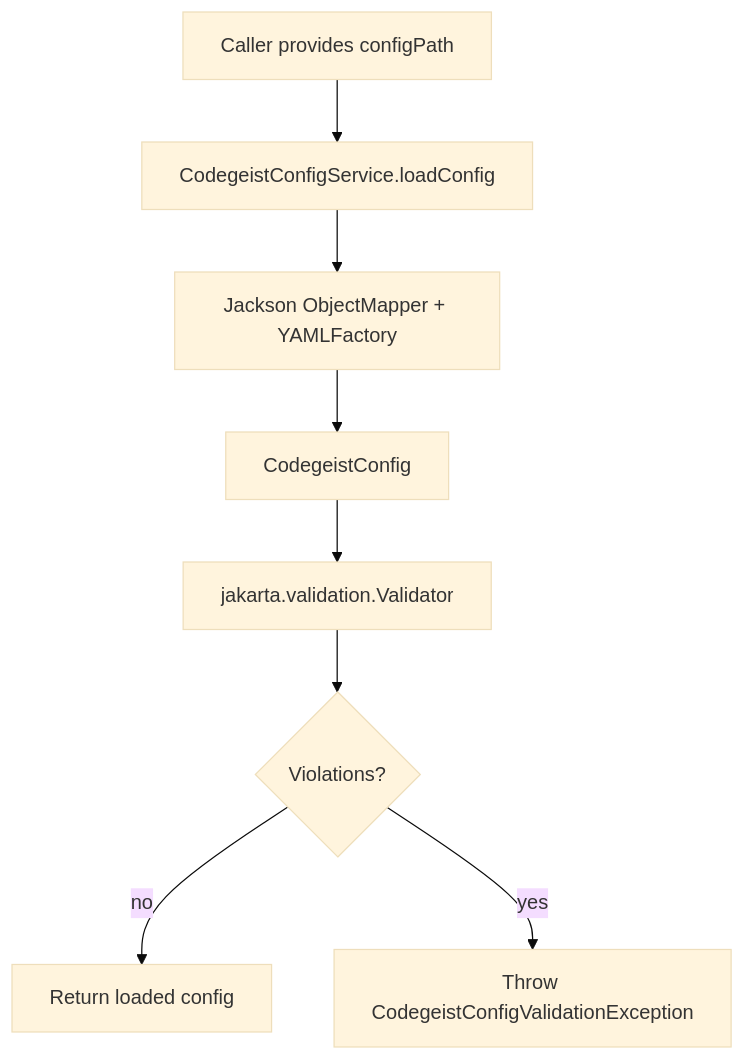
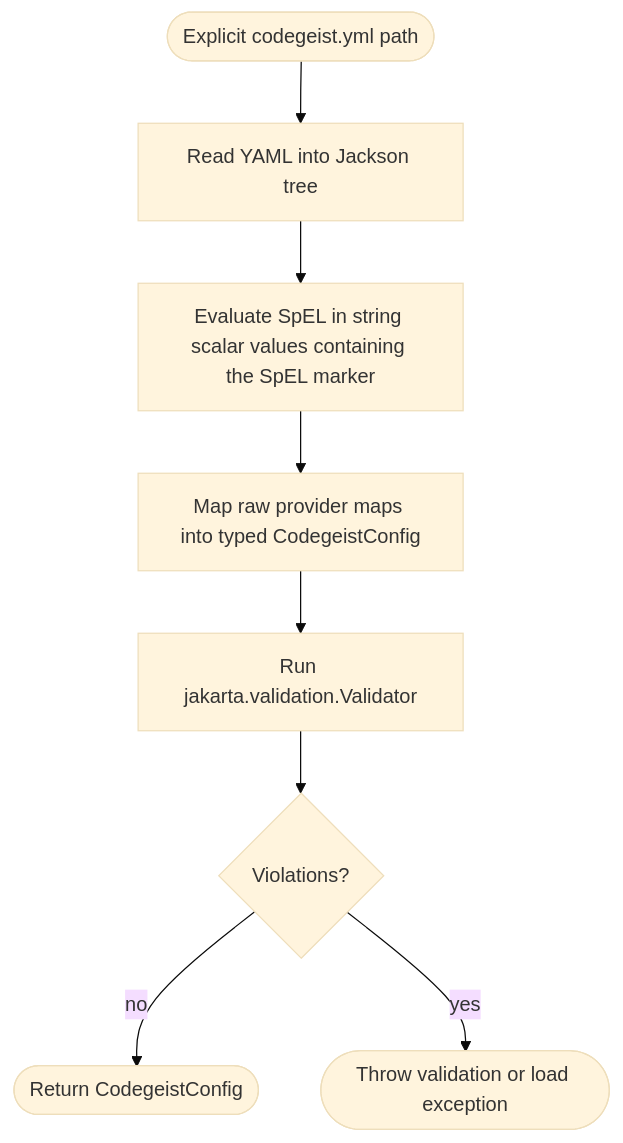
One commit to codegeist-ai/codegeist changed the first of 3 diagrams in docs/developer/architecture/provider-configuration.md. Above: the diagram before and after it, drawn with Mermaid (base theme). The commit also changed other lines of this file and 26 other files, not shown here.

First line of the commit message:
feat(config): add typed provider YAML loading

````diff
--- a/docs/developer/architecture/provider-configuration.md
+++ b/docs/developer/architecture/provider-configuration.md
@@ -204,19 +140,15 @@
 ```mermaid
 flowchart TD
-    Caller[Caller provides configPath]
-    Service[CodegeistConfigService.loadConfig]
-    Jackson[Jackson ObjectMapper + YAMLFactory]
-    Config[CodegeistConfig]
-    Validator[jakarta.validation.Validator]
+    Start([Explicit codegeist.yml path])
+    ReadTree[Read YAML into Jackson tree]
+    Evaluate[Evaluate SpEL in string scalar values containing the SpEL marker]
+    MapConfig[Map raw provider maps into typed CodegeistConfig]
+    Validate[Run jakarta.validation.Validator]
     Valid{Violations?}
-    Return[Return loaded config]
-    Error[Throw CodegeistConfigValidationException]
+    Return([Return CodegeistConfig])
+    Error([Throw validation or load exception])
 
-    Caller --> Service
-    Service --> Jackson
-    Jackson --> Config
-    Config --> Validator
-    Validator --> Valid
+    Start --> ReadTree --> Evaluate --> MapConfig --> Validate --> Valid
     Valid -- no --> Return
     Valid -- yes --> Error
 ```
````
